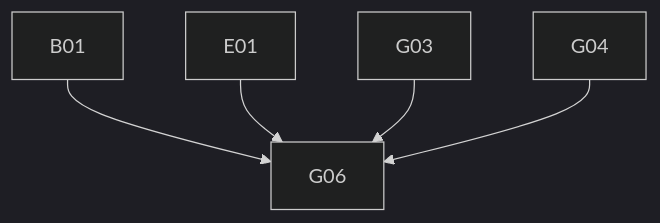
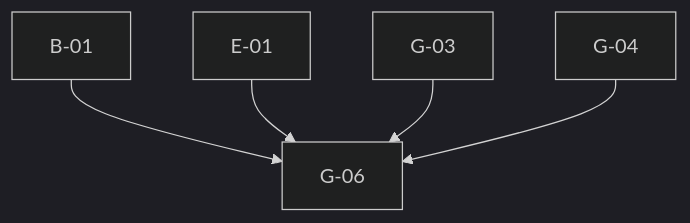
One commit to SarithaMathai/migration changed the diagram in output/initial-analysis/packaging/04-stories.md. Above: the diagram before and after it, drawn with Mermaid (dark theme). The commit also changed other lines of this file and 151 other files, not shown here.

````diff
--- a/output/initial-analysis/packaging/04-stories.md
+++ b/output/initial-analysis/packaging/04-stories.md
@@ -24,4 +24,4 @@
 ```mermaid
 graph TD
-  B01 & E01 & G03 & G04 --> G06
+  B01["B-01"] & E01["E-01"] & G03["G-03"] & G04["G-04"] --> G06["G-06"]
 ```
````
